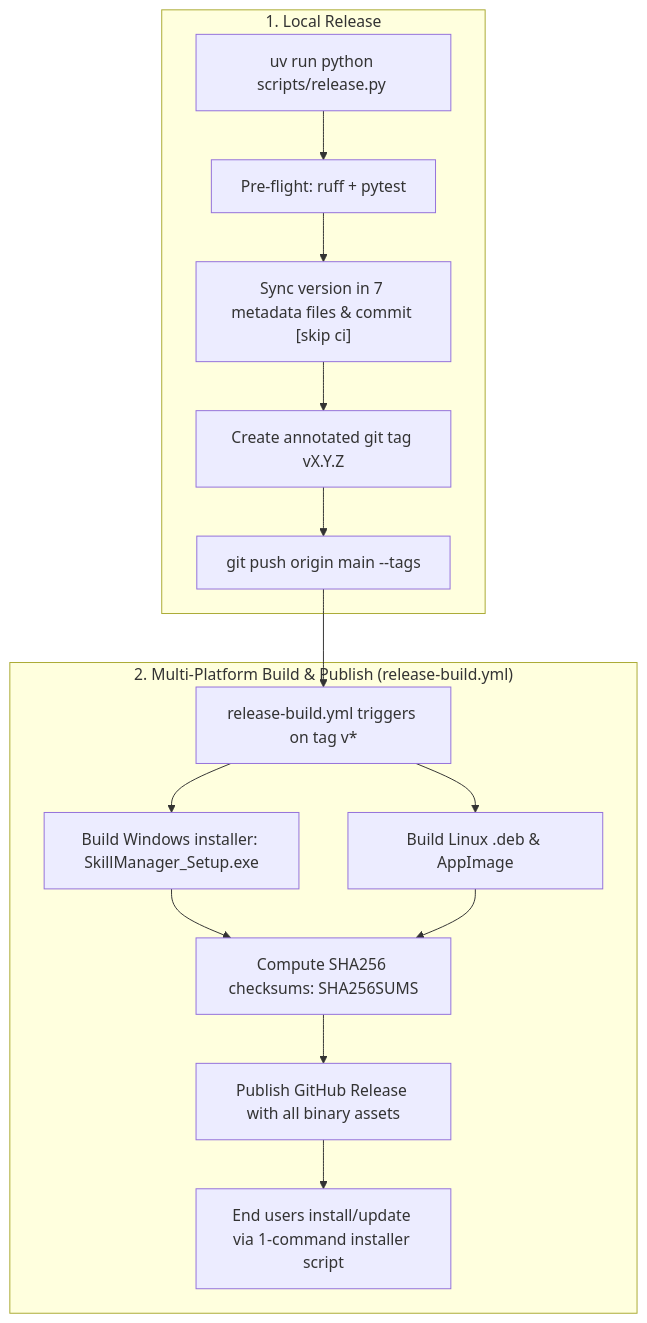
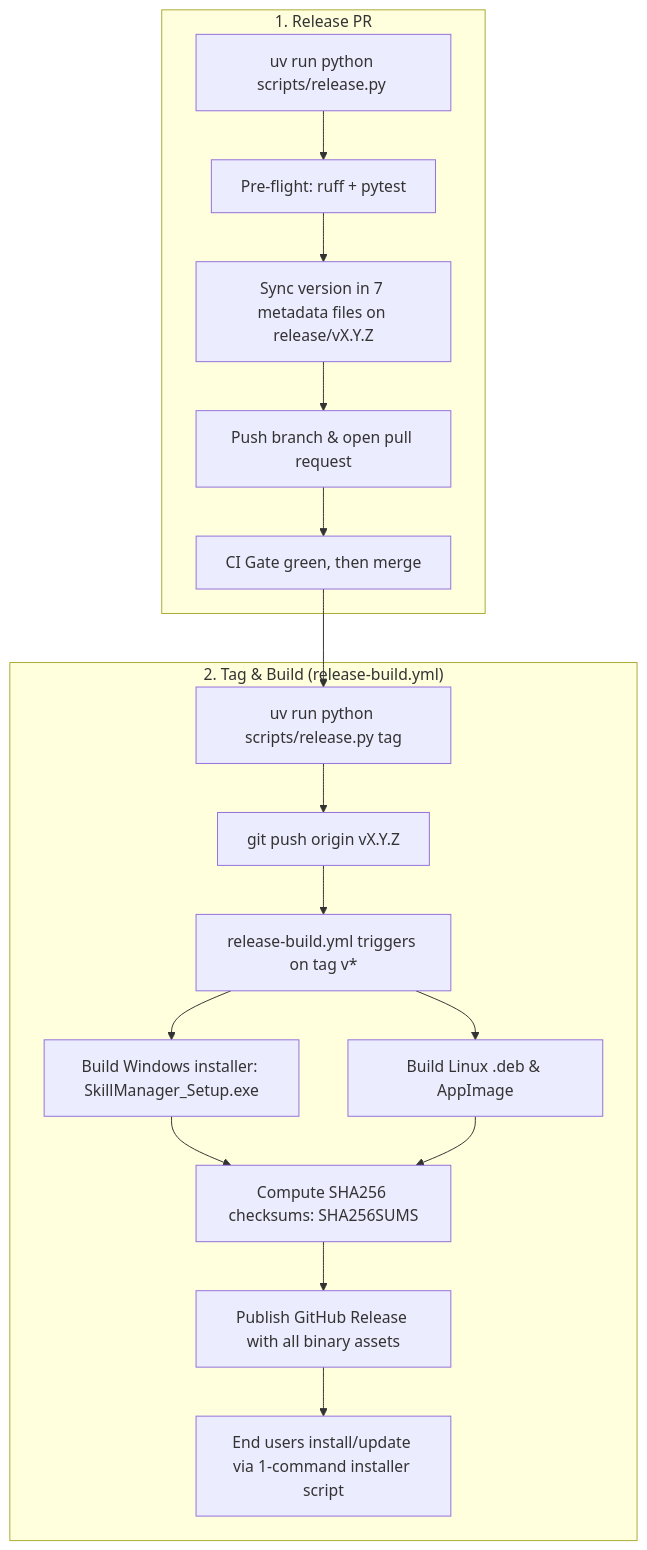
One commit to dishanagalawatta/SkillManager changed the second of 3 diagrams in docs/CI_CD.md. Above: the diagram before and after it, drawn with Mermaid. The commit also changed other lines of this file and 7 other files, not shown here.

First line of the commit message:
chore: require pull requests for main (#2)

````diff
--- a/docs/CI_CD.md
+++ b/docs/CI_CD.md
@@ -42,19 +43,21 @@
 ```mermaid
 flowchart TD
-    subgraph "1. Local Release"
+    subgraph "1. Release PR"
         A["uv run python scripts/release.py <bump>"] --> B["Pre-flight: ruff + pytest"]
-        B --> C["Sync version in 7 metadata files & commit [skip ci]"]
-        C --> D["Create annotated git tag vX.Y.Z"]
-        D --> E["git push origin main --tags"]
+        B --> C["Sync version in 7 metadata files on release/vX.Y.Z"]
+        C --> D["Push branch & open pull request"]
+        D --> E["CI Gate green, then merge"]
     end
 
-    subgraph "2. Multi-Platform Build & Publish (release-build.yml)"
-        E --> F["release-build.yml triggers on tag v*"]
-        F --> G["Build Windows installer: SkillManager_Setup.exe"]
-        F --> H["Build Linux .deb & AppImage"]
-        G --> I["Compute SHA256 checksums: SHA256SUMS"]
-        H --> I
-        I --> J["Publish GitHub Release with all binary assets"]
-        J --> K["End users install/update via 1-command installer script"]
+    subgraph "2. Tag & Build (release-build.yml)"
+        E --> F["uv run python scripts/release.py tag"]
+        F --> G["git push origin vX.Y.Z"]
+        G --> H["release-build.yml triggers on tag v*"]
+        H --> I["Build Windows installer: SkillManager_Setup.exe"]
+        H --> J["Build Linux .deb & AppImage"]
+        I --> K["Compute SHA256 checksums: SHA256SUMS"]
+        J --> K
+        K --> L["Publish GitHub Release with all binary assets"]
+        L --> M["End users install/update via 1-command installer script"]
     end
 ```
````
